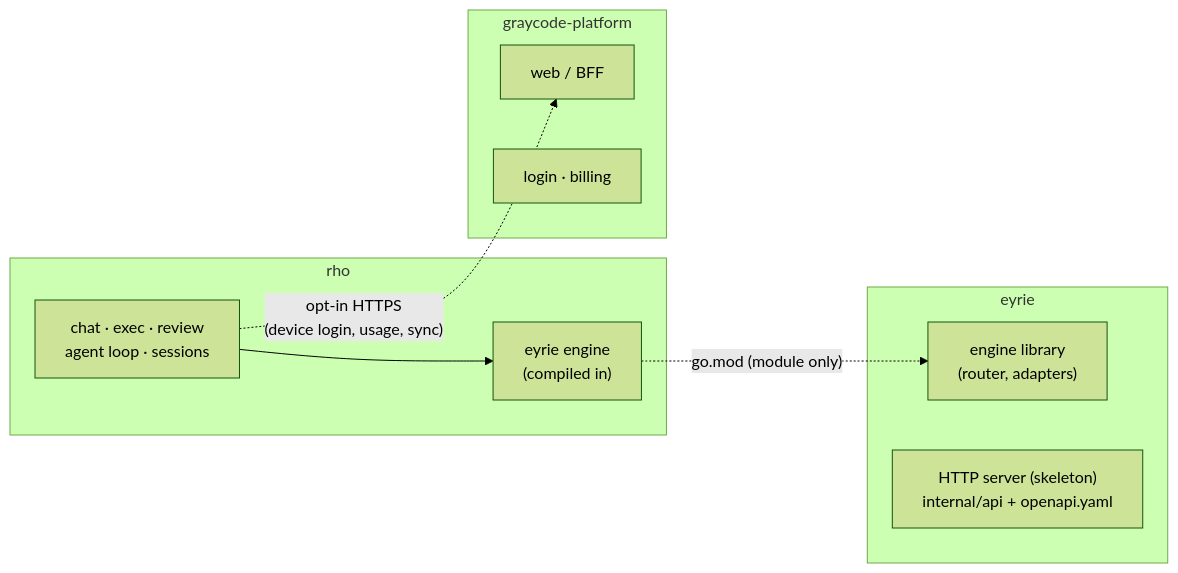
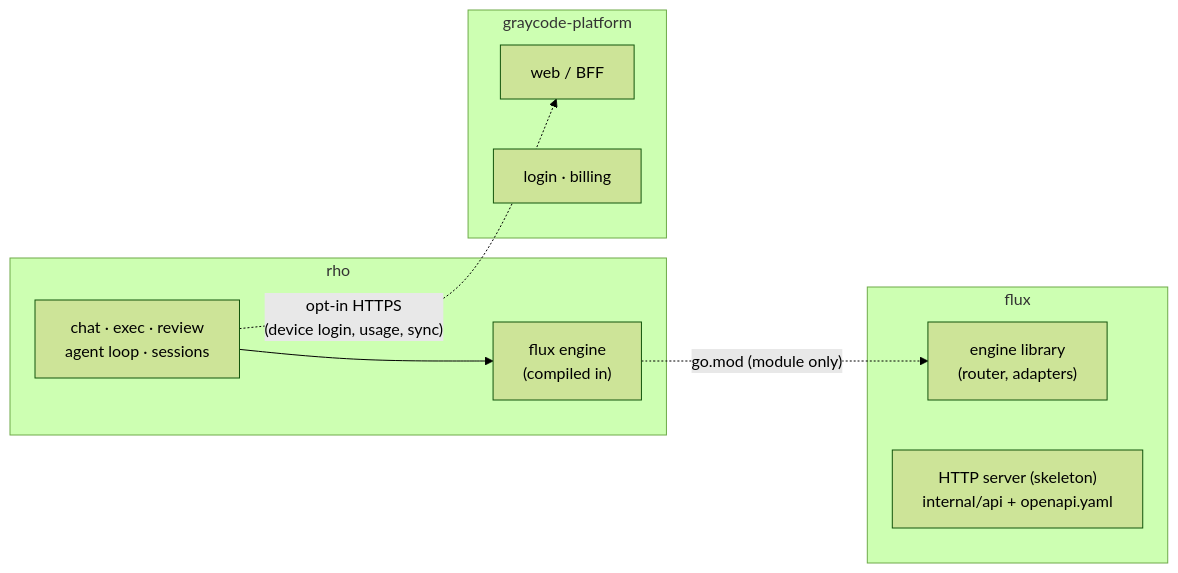
One commit to GrayCodeAI/Rhov changed the first of 2 diagrams in docs/design/three-repo-architecture.md. Above: the diagram before and after it, drawn with Mermaid (forest theme). The commit also changed other lines of this file and 312 other files, not shown here.

First line of the commit message:
chore!: switch dependency from eyrie to flux (#308)

````diff
--- a/docs/design/three-repo-architecture.md
+++ b/docs/design/three-repo-architecture.md
@@ -9,21 +9,21 @@
 ```mermaid
 flowchart LR
     subgraph CLI["rho"]
         TUI["chat · exec · review\nagent loop · sessions"]
-        ENG["eyrie engine\n(compiled in)"]
+        ENG["flux engine\n(compiled in)"]
     end
 
-    subgraph ROUTER["eyrie"]
+    subgraph ROUTER["flux"]
         LIB["engine library\n(router, adapters)"]
         SRV["HTTP server (skeleton)\ninternal/api + openapi.yaml"]
     end
 
     subgraph PLAT["graycode-platform"]
         WEB["web / BFF"]
         AUTH["login · billing"]
     end
 
     TUI --> ENG
     ENG -. "go.mod (module only)" .-> LIB
     TUI -. "opt-in HTTPS\n(device login, usage, sync)" .-> WEB
 ```
````
